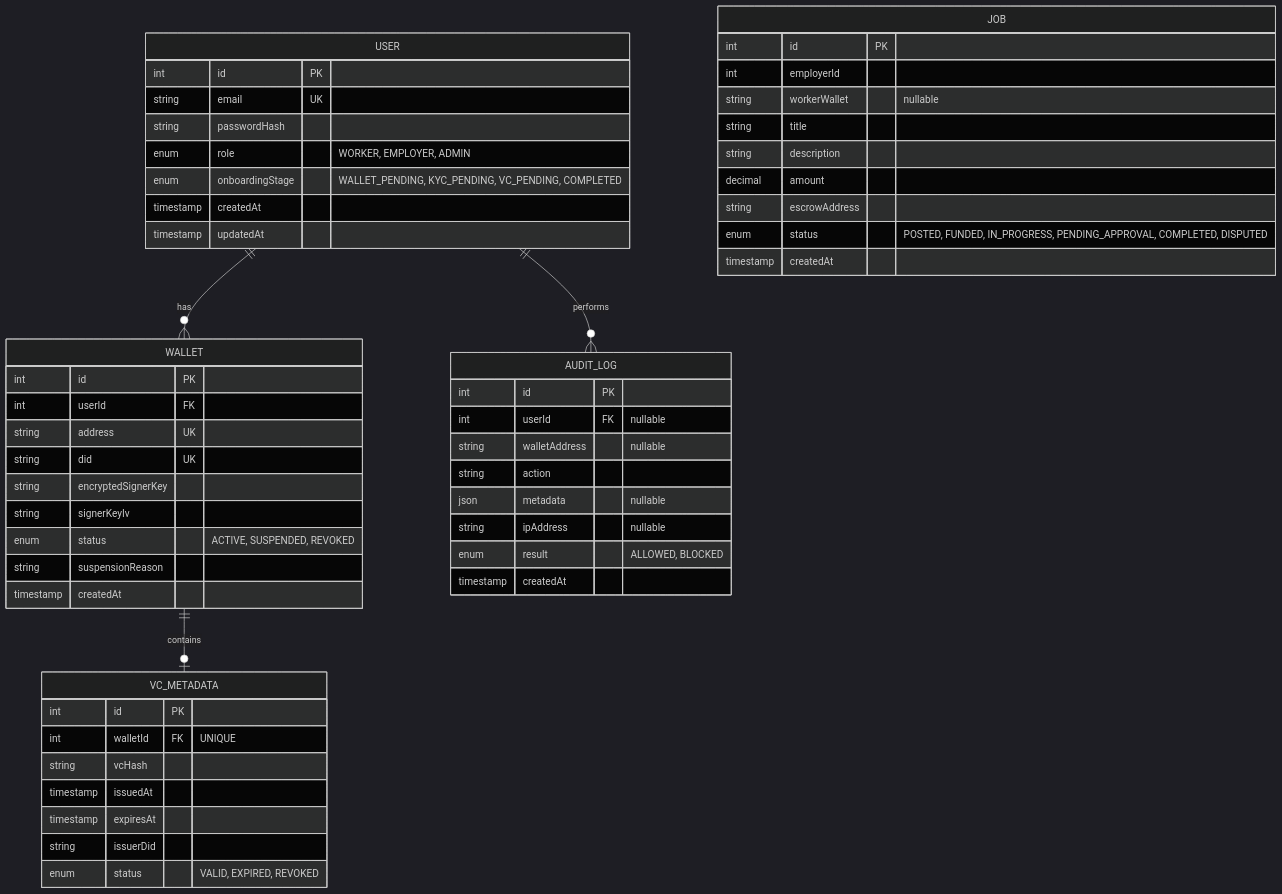
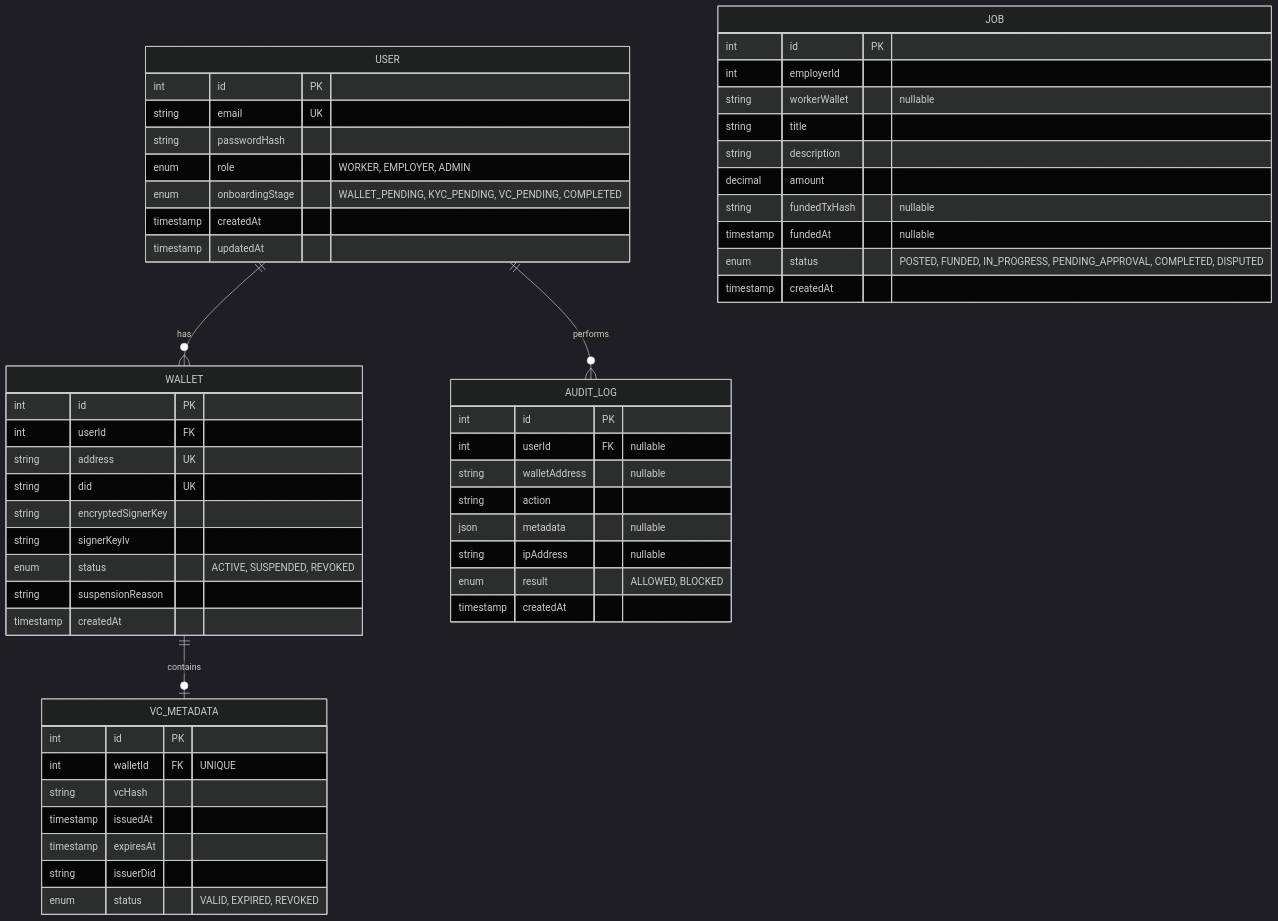
The second of 3 diagrams in README.md (neozhixuan/fr33), drawn with Mermaid (dark theme) before and after one commit. The commit also changed other lines of this file and 7 other files, not shown here.

Commit message:
feat: successful funding flow 2

````diff
--- a/README.md
+++ b/README.md
@@ -96,61 +96,62 @@
 ```mermaid
 erDiagram
     USER ||--o{ WALLET : has
     USER ||--o{ AUDIT_LOG : performs
     WALLET ||--o| VC_METADATA : contains
 
     USER {
         int id PK
         string email UK
         string passwordHash
         enum role "WORKER, EMPLOYER, ADMIN"
         enum onboardingStage "WALLET_PENDING, KYC_PENDING, VC_PENDING, COMPLETED"
         timestamp createdAt
         timestamp updatedAt
     }
 
     WALLET {
         int id PK
         int userId FK
         string address UK
         string did UK
         string encryptedSignerKey
         string signerKeyIv
         enum status "ACTIVE, SUSPENDED, REVOKED"
         string suspensionReason
         timestamp createdAt
     }
 
     VC_METADATA {
         int id PK
         int walletId FK "UNIQUE"
         string vcHash
         timestamp issuedAt
         timestamp expiresAt
         string issuerDid
         enum status "VALID, EXPIRED, REVOKED"
     }
 
     JOB {
         int id PK
         int employerId
         string workerWallet "nullable"
         string title
         string description
         decimal amount
-        string escrowAddress
+        string fundedTxHash "nullable"
+        timestamp fundedAt "nullable"
         enum status "POSTED, FUNDED, IN_PROGRESS, PENDING_APPROVAL, COMPLETED, DISPUTED"
         timestamp createdAt
     }
 
     AUDIT_LOG {
         int id PK
         int userId FK "nullable"
         string walletAddress "nullable"
         string action
         json metadata "nullable"
         string ipAddress "nullable"
         enum result "ALLOWED, BLOCKED"
         timestamp createdAt
     }
 ```
````
